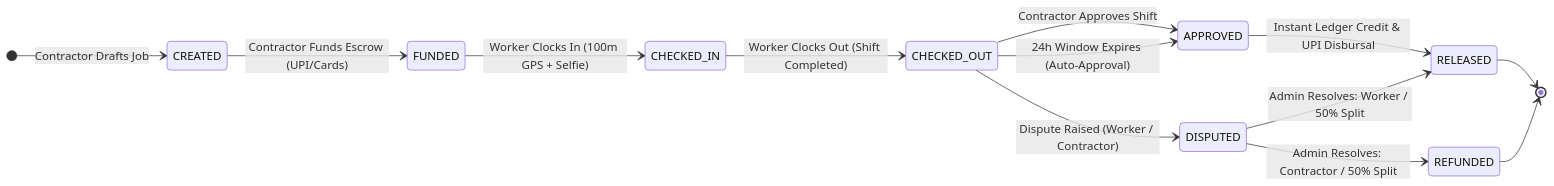
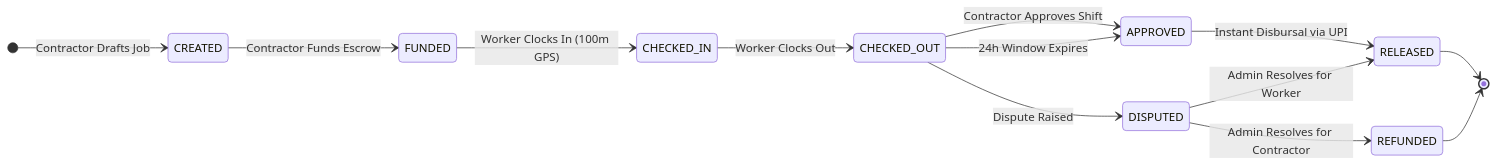
The fourth of 4 diagrams in README.md (kasimshah19/WorkPulse), drawn with Mermaid before and after one commit. The commit also changed other lines of this file, not shown here.

Commit message:
docs: fix Mermaid syntax strictly for GitHub markdown rich display rendering

````diff
--- a/README.md
+++ b/README.md
@@ -260,21 +247,21 @@
 ```mermaid
 stateDiagram-v2
     direction LR
     [*] --> CREATED: Contractor Drafts Job
-    CREATED --> FUNDED: Contractor Funds Escrow (UPI/Cards)
-    FUNDED --> CHECKED_IN: Worker Clocks In (100m GPS + Selfie)
-    CHECKED_IN --> CHECKED_OUT: Worker Clocks Out (Shift Completed)
+    CREATED --> FUNDED: Contractor Funds Escrow
+    FUNDED --> CHECKED_IN: Worker Clocks In (100m GPS)
+    CHECKED_IN --> CHECKED_OUT: Worker Clocks Out
     
     CHECKED_OUT --> APPROVED: Contractor Approves Shift
-    CHECKED_OUT --> APPROVED: 24h Window Expires (Auto-Approval)
+    CHECKED_OUT --> APPROVED: 24h Window Expires
     
-    APPROVED --> RELEASED: Instant Ledger Credit & UPI Disbursal
+    APPROVED --> RELEASED: Instant Disbursal via UPI
     
-    CHECKED_OUT --> DISPUTED: Dispute Raised (Worker / Contractor)
+    CHECKED_OUT --> DISPUTED: Dispute Raised
     
-    DISPUTED --> RELEASED: Admin Resolves: Worker / 50% Split
-    DISPUTED --> REFUNDED: Admin Resolves: Contractor / 50% Split
+    DISPUTED --> RELEASED: Admin Resolves for Worker
+    DISPUTED --> REFUNDED: Admin Resolves for Contractor
     
     RELEASED --> [*]
     REFUNDED --> [*]
 ```
````
